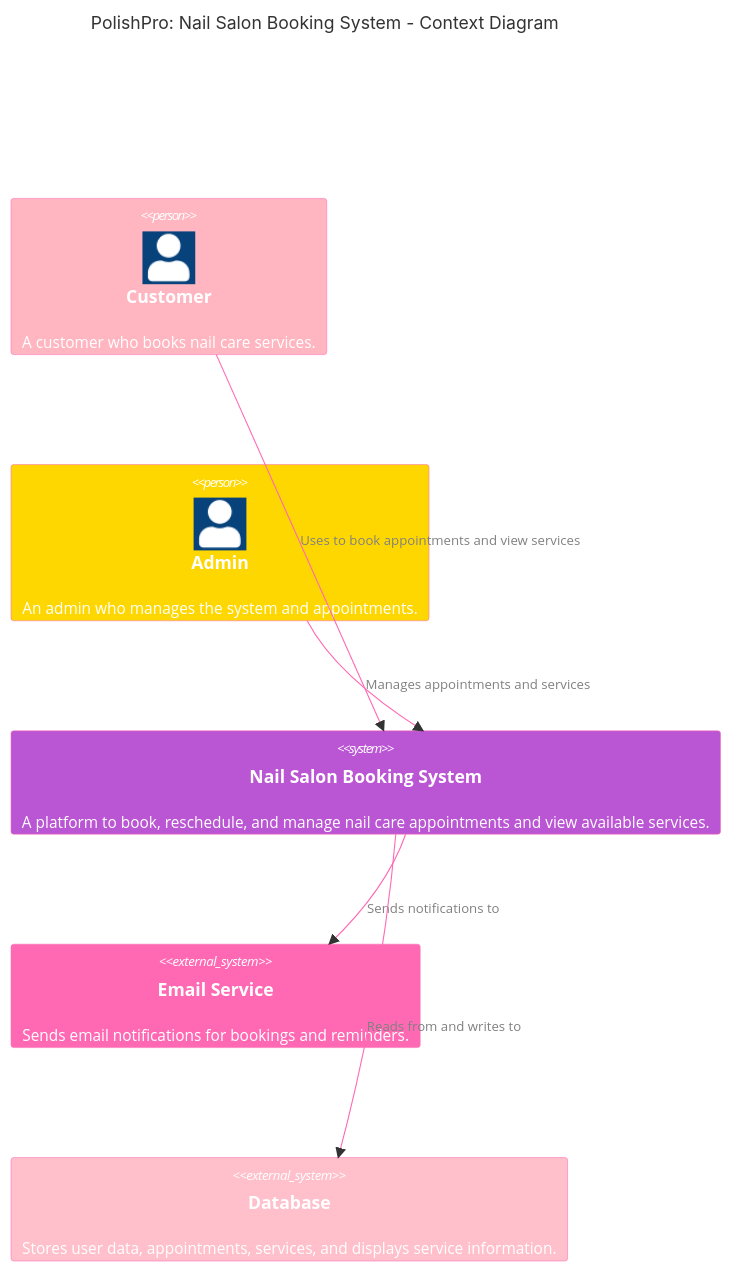
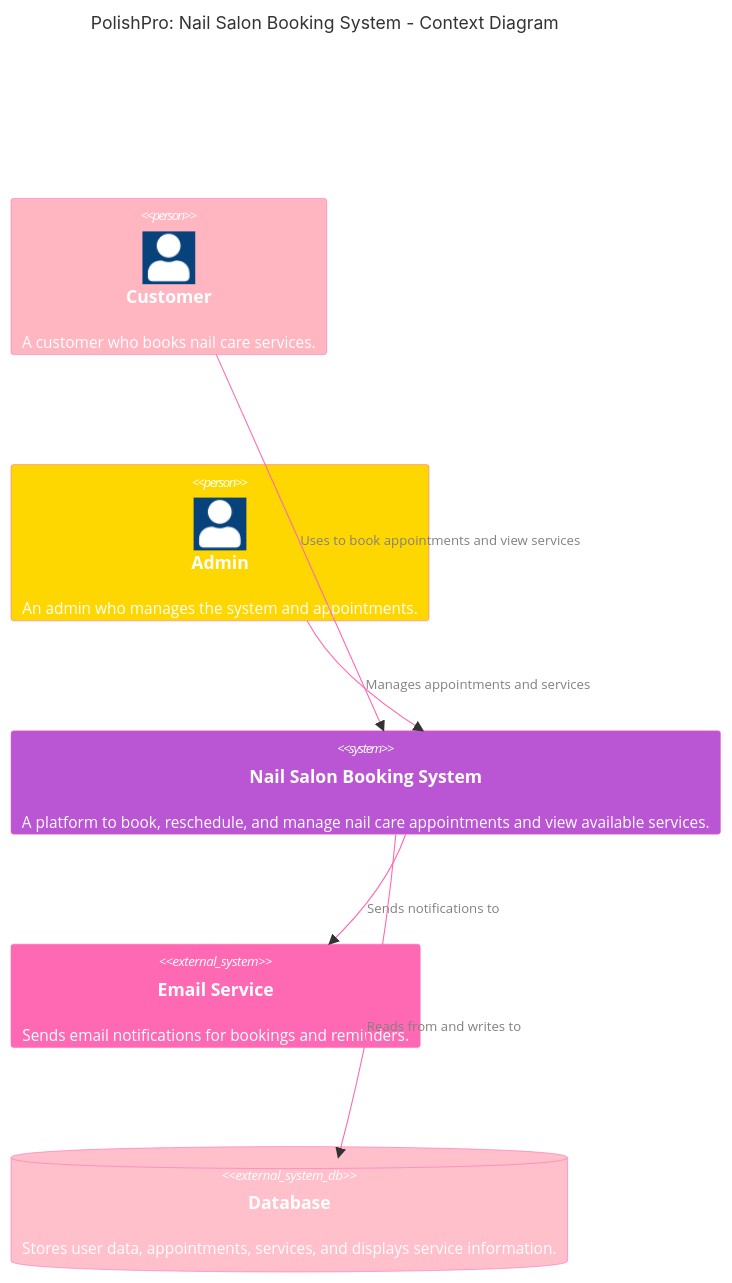
Before and after one commit to demifarquhar01/PolishPro: the first of 4 diagrams in ARCHITECTURE.md, drawn with Mermaid. The commit also changed other lines of this file, not shown here.

Commit message:
Update diagrams

````diff
--- a/ARCHITECTURE.md
+++ b/ARCHITECTURE.md
@@ -4,29 +4,28 @@
 ```mermaid
 C4Context
 title PolishPro: Nail Salon Booking System - Context Diagram
 Person(customer, "Customer", "A customer who books nail care services.")
 Person(admin, "Admin", "An admin who manages the system and appointments.")
 System(webApp, "Nail Salon Booking System", "A platform to book, reschedule, and manage nail care appointments and view available services.")
 System_Ext(emailService, "Email Service", "Sends email notifications for bookings and reminders.")
-System_Ext(database, "Database", "Stores user data, appointments, services, and displays service information.")
+SystemDb_Ext(database, "Database", "Stores user data, appointments, services, and displays service information.")
 
 Rel(customer, webApp, "Uses to book appointments and view services")
 Rel(admin, webApp, "Manages appointments and services")
 Rel(webApp, emailService, "Sends notifications to")
 Rel(webApp, database, "Reads from and writes to")
 
 UpdateElementStyle(customer, $fontColor="white", $bgColor="#FFB6C1", $borderColor="#FF69B4")
 UpdateElementStyle(admin, $fontColor="white", $bgColor="#FFD700", $borderColor="#FF69B4")
 UpdateElementStyle(webApp, $fontColor="white", $bgColor="#BA55D3", $borderColor="#FF69B4")
 UpdateElementStyle(emailService, $fontColor="white", $bgColor="#FF69B4", $borderColor="#FF69B4")
 UpdateElementStyle(database, $fontColor="white", $bgColor="#FFC0CB", $borderColor="#FF69B4")
 
 UpdateRelStyle(customer, webApp, $textColor="grey", $lineColor="#FF69B4", $offsetY="-5")
 UpdateRelStyle(admin, webApp, $textColor="grey", $lineColor="#FF69B4", $offsetY="5")
 UpdateRelStyle(webApp, emailService, $textColor="grey", $lineColor="#FF69B4", $offsetY="15")
 UpdateRelStyle(webApp, database, $textColor="grey", $lineColor="#FF69B4", $offsetY="25")
 
 UpdateLayoutConfig($c4ShapeInRow="2", $c4BoundaryInRow="1")
 
-
 ```
````
